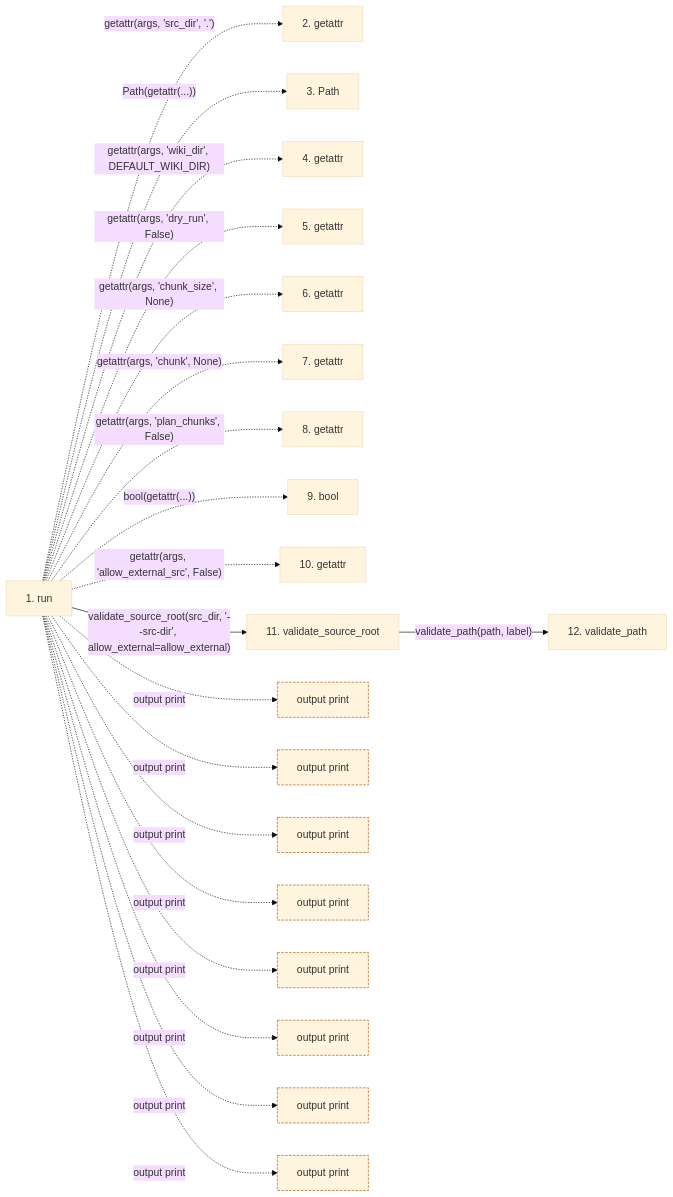
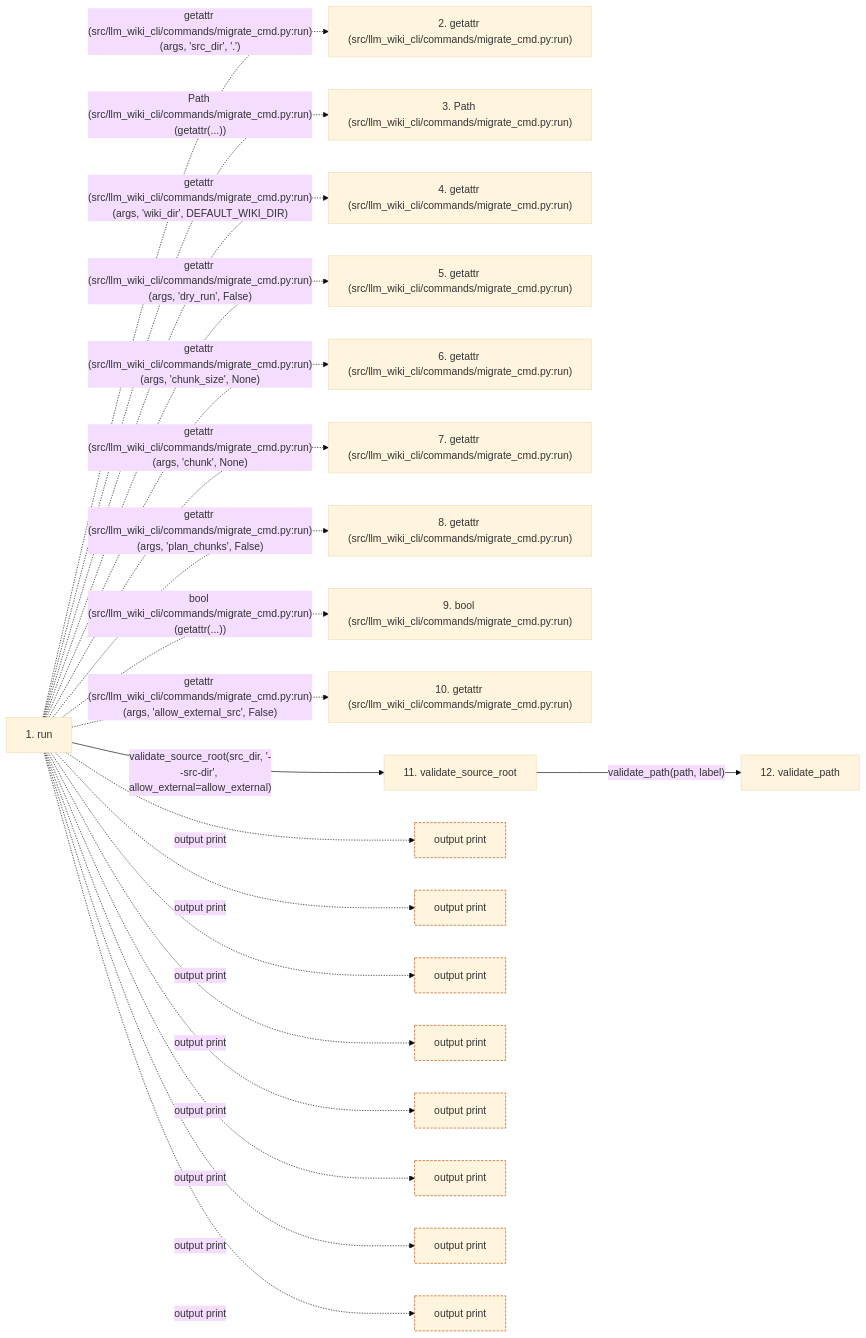
One commit to Denissvgn/python-wiki-llm changed the second of 2 diagrams in docs/llm_wiki/flows/cli-migrate.md. Above: the diagram before and after it, drawn with Mermaid (base theme). The commit also changed other lines of this file and 719 other files, not shown here.

````diff
--- a/docs/llm_wiki/flows/cli-migrate.md
+++ b/docs/llm_wiki/flows/cli-migrate.md
@@ -103,54 +109,54 @@
 ```mermaid
 flowchart LR
     s1["1. run"]
-    s2["2. getattr"]
-    s3["3. Path"]
-    s4["4. getattr"]
-    s5["5. getattr"]
-    s6["6. getattr"]
-    s7["7. getattr"]
-    s8["8. getattr"]
-    s9["9. bool"]
-    s10["10. getattr"]
+    s2["2. getattr (src/llm_wiki_cli/commands/migrate_cmd.py:run)"]
+    s3["3. Path (src/llm_wiki_cli/commands/migrate_cmd.py:run)"]
+    s4["4. getattr (src/llm_wiki_cli/commands/migrate_cmd.py:run)"]
+    s5["5. getattr (src/llm_wiki_cli/commands/migrate_cmd.py:run)"]
+    s6["6. getattr (src/llm_wiki_cli/commands/migrate_cmd.py:run)"]
+    s7["7. getattr (src/llm_wiki_cli/commands/migrate_cmd.py:run)"]
+    s8["8. getattr (src/llm_wiki_cli/commands/migrate_cmd.py:run)"]
+    s9["9. bool (src/llm_wiki_cli/commands/migrate_cmd.py:run)"]
+    s10["10. getattr (src/llm_wiki_cli/commands/migrate_cmd.py:run)"]
     s11["11. validate_source_root"]
     s12["12. validate_path"]
-    s1 -. "getattr(args, 'src_dir', '.')" .-> s2
-    s1 -. "Path(getattr(...))" .-> s3
-    s1 -. "getattr(args, 'wiki_dir', DEFAULT_WIKI_DIR)" .-> s4
-    s1 -. "getattr(args, 'dry_run', False)" .-> s5
-    s1 -. "getattr(args, 'chunk_size', None)" .-> s6
-    s1 -. "getattr(args, 'chunk', None)" .-> s7
-    s1 -. "getattr(args, 'plan_chunks', False)" .-> s8
-    s1 -. "bool(getattr(...))" .-> s9
-    s1 -. "getattr(args, 'allow_external_src', False)" .-> s10
+    s1 -. "getattr (src/llm_wiki_cli/commands/migrate_cmd.py:run)(args, 'src_dir', '.')" .-> s2
+    s1 -. "Path (src/llm_wiki_cli/commands/migrate_cmd.py:run)(getattr(...))" .-> s3
+    s1 -. "getattr (src/llm_wiki_cli/commands/migrate_cmd.py:run)(args, 'wiki_dir', DEFAULT_WIKI_DIR)" .-> s4
+    s1 -. "getattr (src/llm_wiki_cli/commands/migrate_cmd.py:run)(args, 'dry_run', False)" .-> s5
+    s1 -. "getattr (src/llm_wiki_cli/commands/migrate_cmd.py:run)(args, 'chunk_size', None)" .-> s6
+    s1 -. "getattr (src/llm_wiki_cli/commands/migrate_cmd.py:run)(args, 'chunk', None)" .-> s7
+    s1 -. "getattr (src/llm_wiki_cli/commands/migrate_cmd.py:run)(args, 'plan_chunks', False)" .-> s8
+    s1 -. "bool (src/llm_wiki_cli/commands/migrate_cmd.py:run)(getattr(...))" .-> s9
+    s1 -. "getattr (src/llm_wiki_cli/commands/migrate_cmd.py:run)(args, 'allow_external_src', False)" .-> s10
     s1 -->|"validate_source_root(src_dir, '--src-dir', allow_external=allow_external)"| s11
     s11 -->|"validate_path(path, label)"| s12
     b0["output print"]
     s1 -. "output print" .-> b0
     b1["output print"]
     s1 -. "output print" .-> b1
     b2["output print"]
     s1 -. "output print" .-> b2
     b3["output print"]
     s1 -. "output print" .-> b3
     b4["output print"]
     s1 -. "output print" .-> b4
     b5["output print"]
     s1 -. "output print" .-> b5
     b6["output print"]
     s1 -. "output print" .-> b6
     b7["output print"]
     s1 -. "output print" .-> b7
     click s1 "../modules/migrate_cmd.md"
     click s11 "../modules/config.md"
     click s12 "../modules/config.md"
     classDef boundary stroke:#b45309,stroke-dasharray: 4 2
     class b0 boundary
     class b1 boundary
     class b2 boundary
     class b3 boundary
     class b4 boundary
     class b5 boundary
     class b6 boundary
     class b7 boundary
 ```
````
